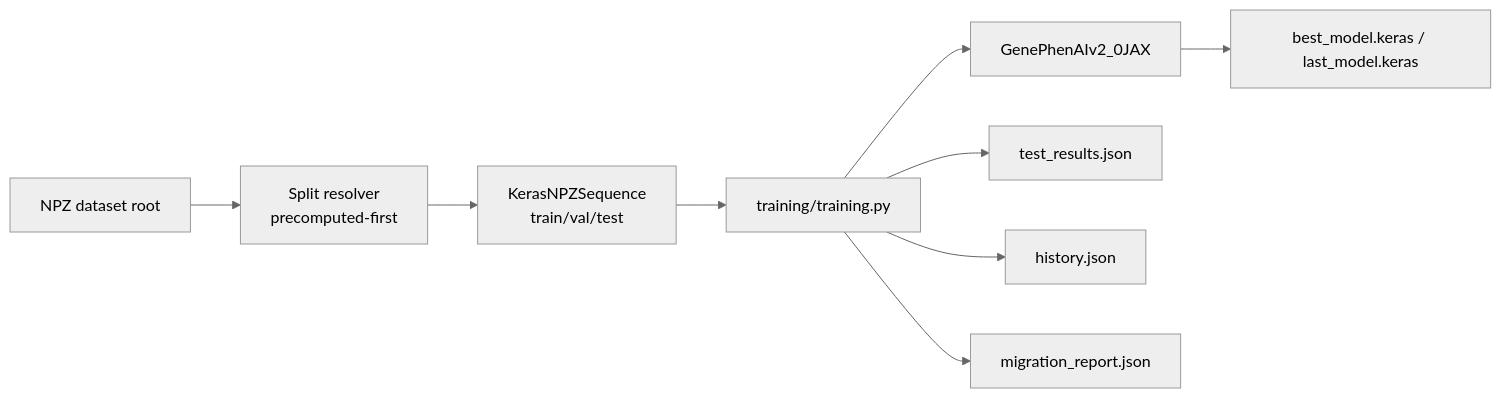
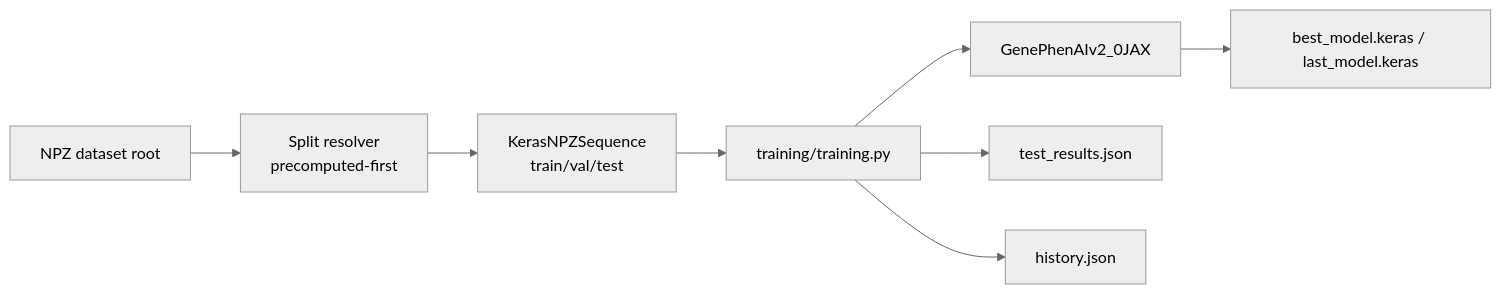
Before and after one commit to gianluccacolangelo/GraPhens: the diagram in docs/training_keras_jax.md, drawn with Mermaid (neutral theme). The commit also changed other lines of this file and 6 other files, not shown here.

````diff
--- a/docs/training_keras_jax.md
+++ b/docs/training_keras_jax.md
@@ -14,11 +14,10 @@
 ```mermaid
 flowchart LR
   D[NPZ dataset root] --> S[Split resolver\nprecomputed-first]
   S --> Q[KerasNPZSequence\ntrain/val/test]
   Q --> T[training/training.py]
   T --> M[GenePhenAIv2_0JAX]
   M --> C[best_model.keras / last_model.keras]
   T --> R[test_results.json]
   T --> H[history.json]
-  T --> MR[migration_report.json]
 ```
````
